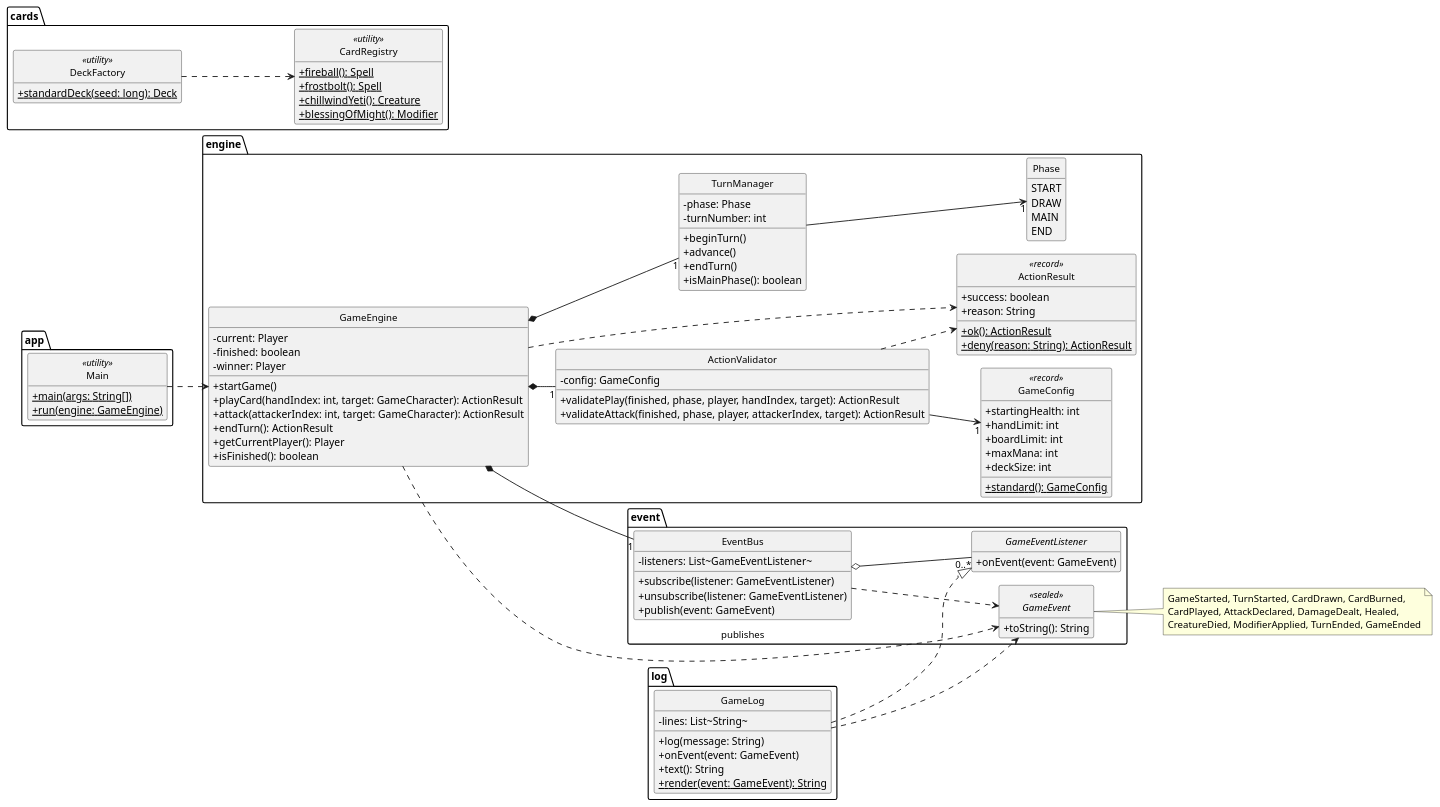
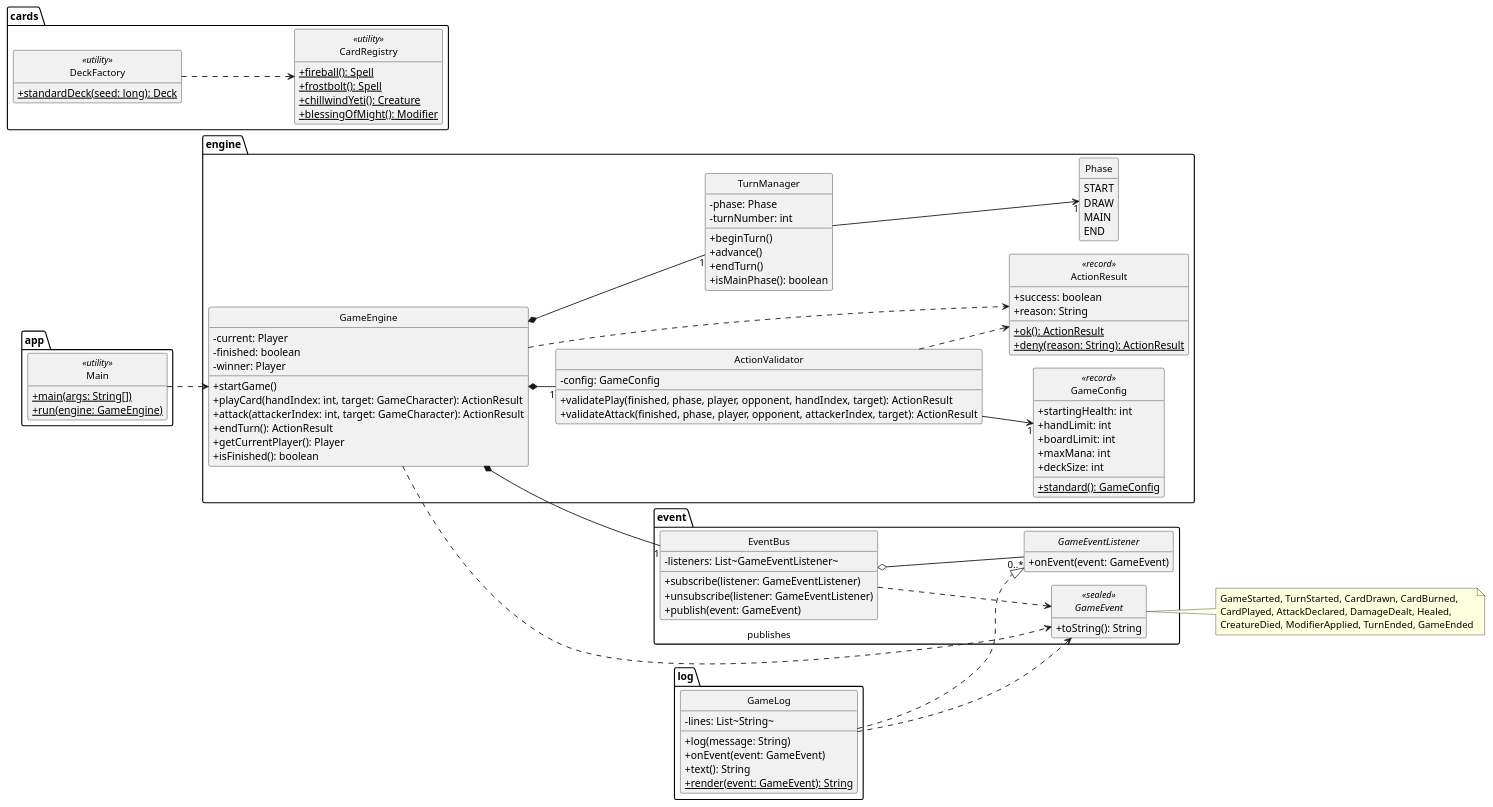
One commit to Reed0124/soe402-coursework2 changed the diagram in docs/uml/uml_p2.puml. Above: the diagram before and after it, drawn with PlantUML. The commit also changed 9 other files, not shown here.

```diff
--- a/docs/uml/uml_p2.puml
+++ b/docs/uml/uml_p2.puml
@@ -1,139 +1,139 @@
 @startuml SOE402_Group7_UML_p2
 !pragma layout smetana
 skinparam backgroundColor #FFFFFF
 skinparam shadowing false
 skinparam defaultFontName "Segoe UI"
 skinparam classFontSize 13
 skinparam classAttributeIconSize 0
 skinparam nodesep 28
 skinparam ranksep 40
 skinparam ArrowThickness 1.2
 hide circle
 hide empty members
 left to right direction
 
 
 package engine {
     enum Phase {
         START
         DRAW
         MAIN
         END
     }
 
     class GameConfig <<record>> {
         + startingHealth: int
         + handLimit: int
         + boardLimit: int
         + maxMana: int
         + deckSize: int
         + {static} standard(): GameConfig
     }
 
     class ActionResult <<record>> {
         + success: boolean
         + reason: String
         + {static} ok(): ActionResult
         + {static} deny(reason: String): ActionResult
     }
 
     class TurnManager {
         - phase: Phase
         - turnNumber: int
         + beginTurn()
         + advance()
         + endTurn()
         + isMainPhase(): boolean
     }
 
     class ActionValidator {
         - config: GameConfig
-        + validatePlay(finished, phase, player, handIndex, target): ActionResult
-        + validateAttack(finished, phase, player, attackerIndex, target): ActionResult
+        + validatePlay(finished, phase, player, opponent, handIndex, target): ActionResult
+        + validateAttack(finished, phase, player, opponent, attackerIndex, target): ActionResult
     }
 
     class GameEngine {
         - current: Player
         - finished: boolean
         - winner: Player
         + startGame()
         + playCard(handIndex: int, target: GameCharacter): ActionResult
         + attack(attackerIndex: int, target: GameCharacter): ActionResult
         + endTurn(): ActionResult
         + getCurrentPlayer(): Player
         + isFinished(): boolean
     }
 }
 
 package event {
     interface GameEvent <<sealed>> {
         + toString(): String
     }
 
     interface GameEventListener {
         + onEvent(event: GameEvent)
     }
 
     class EventBus {
         - listeners: List~GameEventListener~
         + subscribe(listener: GameEventListener)
         + unsubscribe(listener: GameEventListener)
         + publish(event: GameEvent)
     }
 }
 
 package log {
     class GameLog {
         - lines: List~String~
         + log(message: String)
         + onEvent(event: GameEvent)
         + text(): String
         + {static} render(event: GameEvent): String
     }
 }
 
 package cards {
     class CardRegistry <<utility>> {
         + {static} fireball(): Spell
         + {static} frostbolt(): Spell
         + {static} chillwindYeti(): Creature
         + {static} blessingOfMight(): Modifier
     }
 
     class DeckFactory <<utility>> {
         + {static} standardDeck(seed: long): Deck
     }
 }
 
 package app {
     class Main <<utility>> {
         + {static} main(args: String[])
         + {static} run(engine: GameEngine)
     }
 }
 
 GameEngine *-- "1" TurnManager
 GameEngine *-- "1" ActionValidator
 GameEngine *-- "1" EventBus
 GameEngine ..> ActionResult
 GameEngine ..> GameEvent : publishes
 TurnManager --> "1" Phase
 ActionValidator --> "1" GameConfig
 ActionValidator ..> ActionResult
 
 EventBus o-- "0..*" GameEventListener
 EventBus ..> GameEvent
 GameLog ..|> GameEventListener
 GameLog ..> GameEvent
 
 DeckFactory ..> CardRegistry
 Main ..> GameEngine
 
 note right of GameEvent
   GameStarted, TurnStarted, CardDrawn, CardBurned,
   CardPlayed, AttackDeclared, DamageDealt, Healed,
   CreatureDied, ModifierApplied, TurnEnded, GameEnded
 end note
 
 
 @enduml
```
